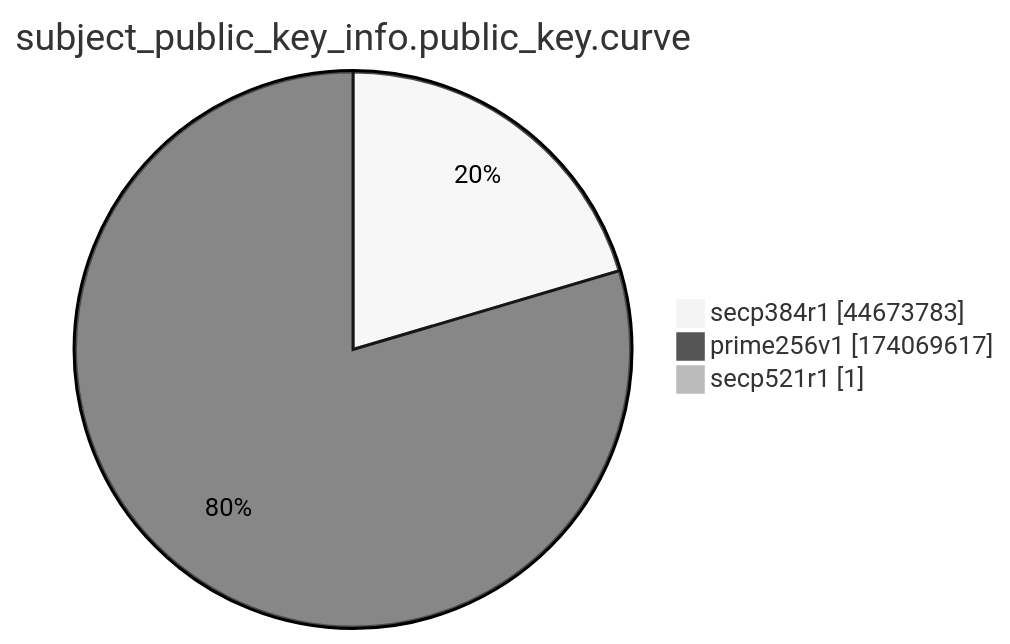
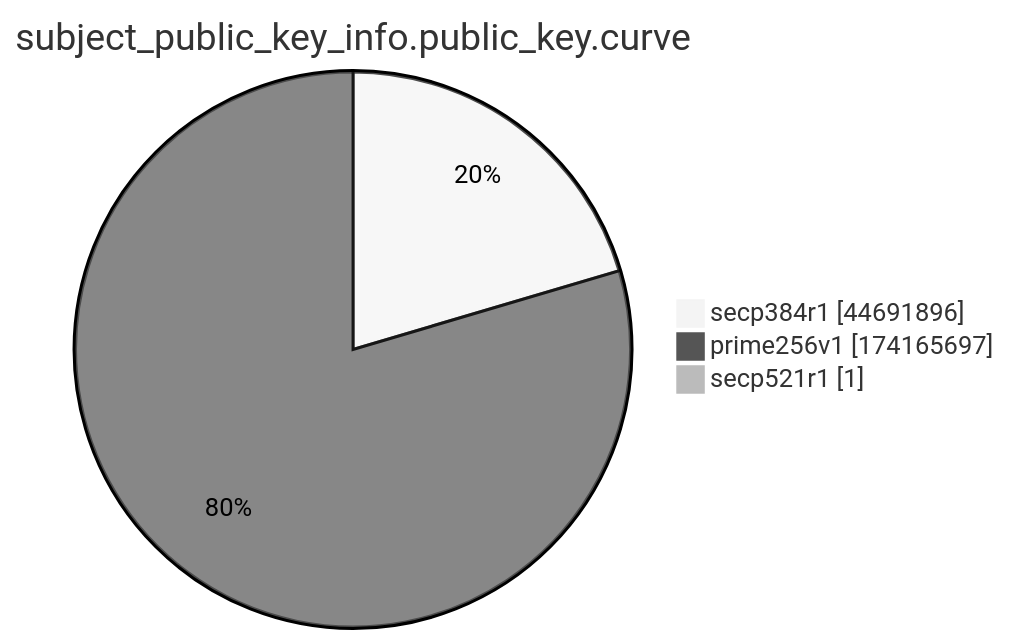
One commit to christiankrug/ctmonitor_visualization changed the ninth of 15 diagrams in xenon2022/README.md. Above: the diagram before and after it, drawn with Mermaid (neutral theme). The commit also changed other lines of this file, not shown here.

````diff
--- a/xenon2022/README.md
+++ b/xenon2022/README.md
@@ -2871,7 +2871,7 @@
 ```mermaid
 pie showData
 title subject_public_key_info.public_key.curve
-"secp384r1" :44673783
-"prime256v1" :174069617
+"secp384r1" :44691896
+"prime256v1" :174165697
 "secp521r1" :1
 ```
````
